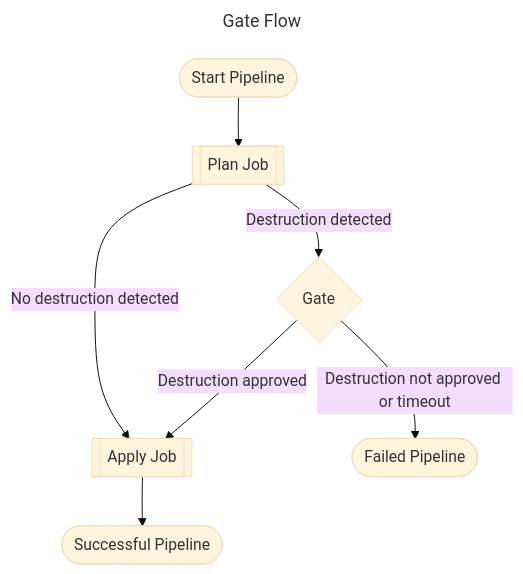
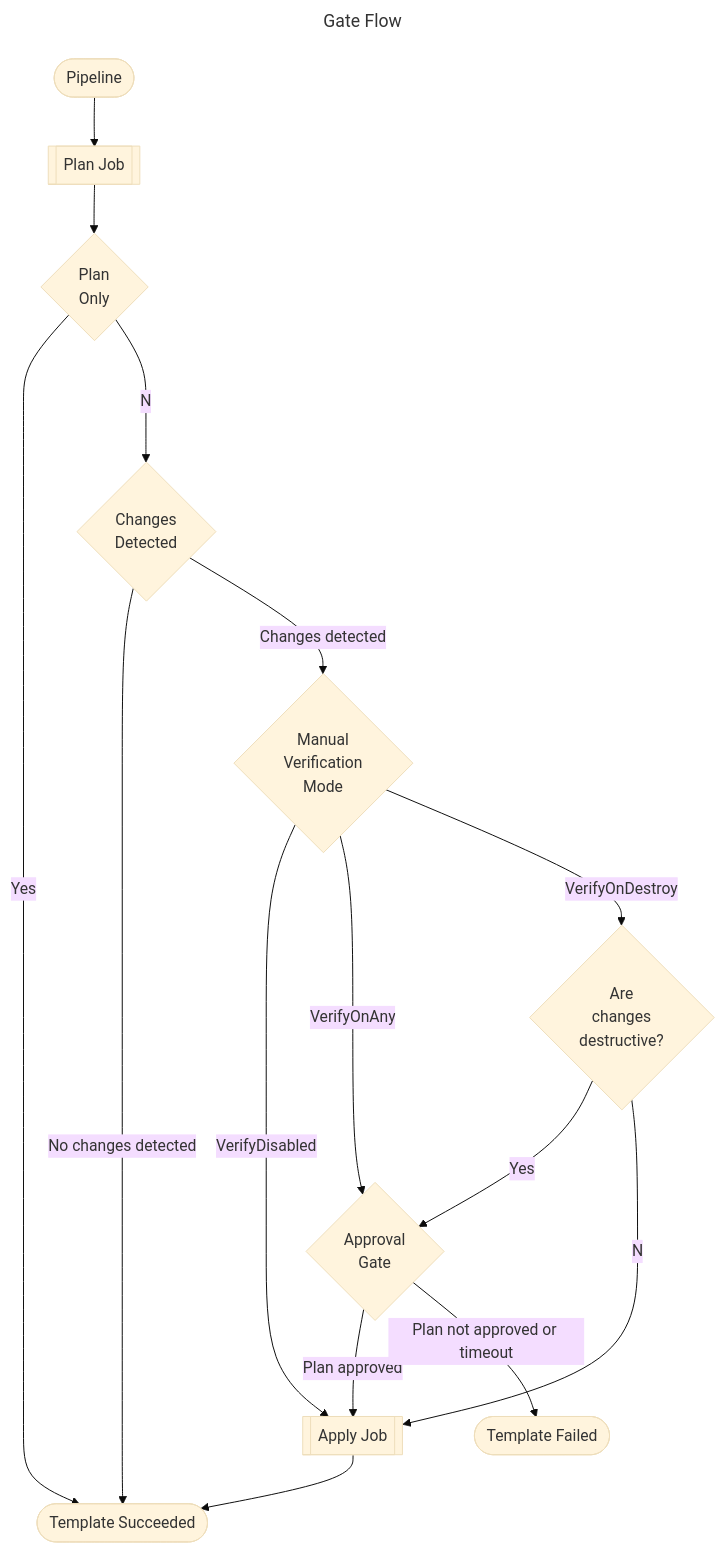
One commit to UKHO/devops-gated-infrastructure-deploy changed the diagram in docs/how-does-this-template-work.md. Above: the diagram before and after it, drawn with Mermaid (base theme). The commit also changed other lines of this file and 7 other files, not shown here.

````diff
--- a/docs/how-does-this-template-work.md
+++ b/docs/how-does-this-template-work.md
@@ -13,14 +13,31 @@
 ```mermaid
 ---
 title: Gate Flow
 ---
 flowchart TD
-    start([Start Pipeline])-->plan
-    plan[[Plan Job]]--Destruction detected-->gate
-    plan--No destruction detected-->apply
-    gate{Gate}--Destruction approved-->apply
-    gate--Destruction not approved or timeout-->failed
-    apply[[Apply Job]]-->succeeded
-    succeeded([Successful Pipeline])
-    failed([Failed Pipeline])
+    pipeline([Pipeline])
+    plan[[Plan Job]]
+    changes{Changes<br>Detected}
+    planOnly{Plan<br>Only}
+    mode{Manual<br>Verification<br>Mode}
+    gate{Approval<br>Gate}
+    destroy{Are<br>changes<br>destructive?}
+    apply[[Apply Job]]
+    succeeded([Template Succeeded])
+    failed([Template Failed])
+
+    pipeline-->plan
+    plan-->planOnly
+    planOnly--Yes-->succeeded
+    planOnly--No-->changes
+    changes--No changes detected-->succeeded
+    changes--Changes detected-->mode
+    mode--VerifyDisabled-->apply
+    mode--VerifyOnAny-->gate
+    mode--VerifyOnDestroy-->destroy
+    destroy--Yes-->gate
+    destroy--No-->apply
+    gate--Plan approved-->apply
+    gate--Plan not approved or timeout-->failed
+    apply-->succeeded
 ```
````
